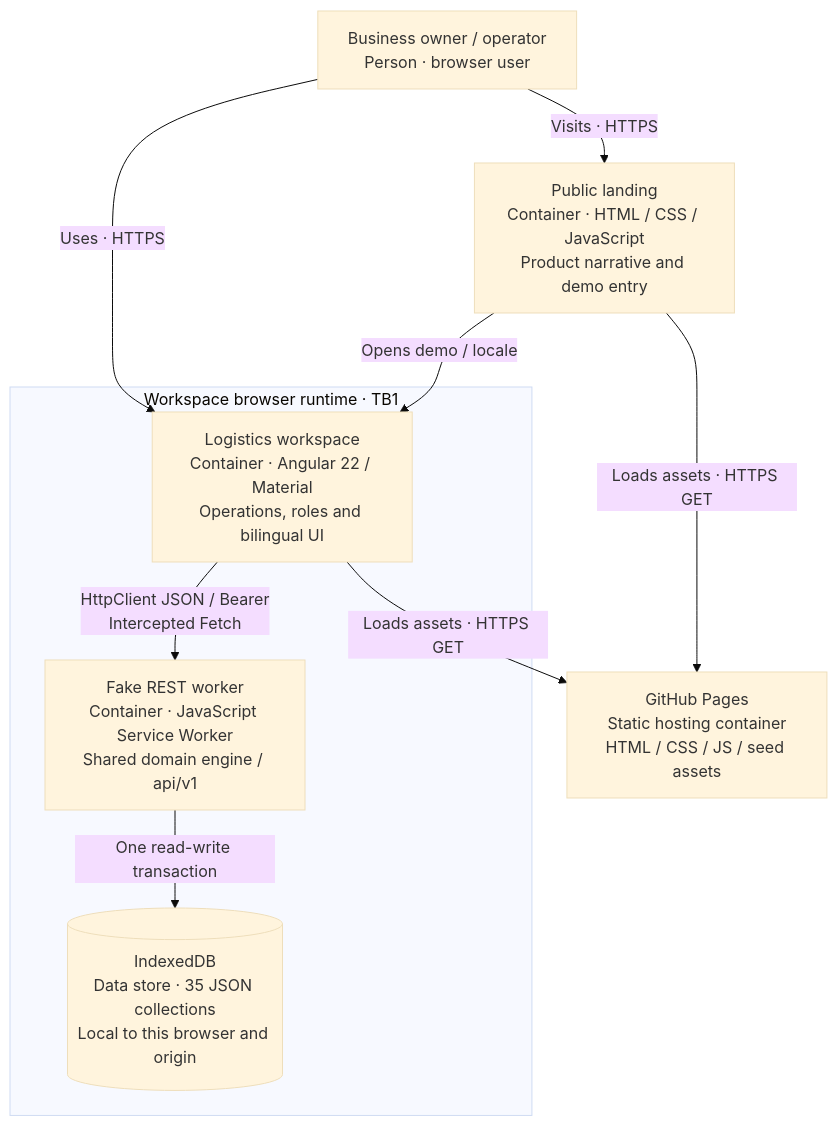
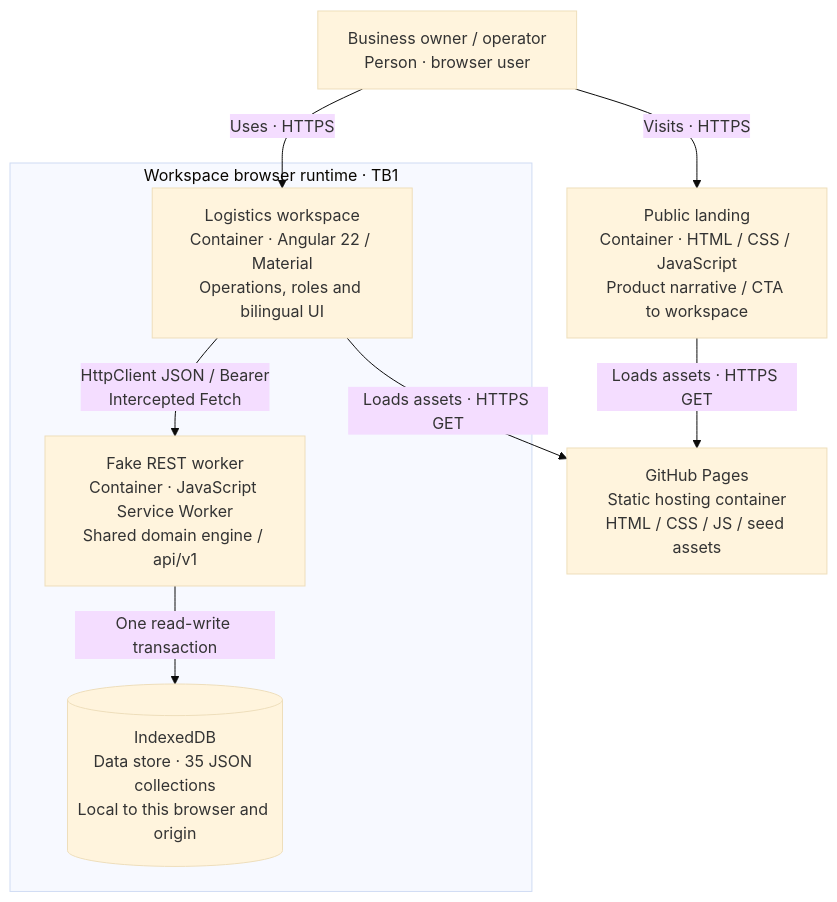
The diagram in design/diagrams/c4-containers-tb1.mmd (AI-ToDu/ai-todu-report), drawn with Mermaid (base theme) before and after one commit. The commit also changed 31 other files, not shown here.

```diff
--- a/design/diagrams/c4-containers-tb1.mmd
+++ b/design/diagrams/c4-containers-tb1.mmd
@@ -1,16 +1,15 @@
 flowchart TB
  person["Business owner / operator<br/>Person · browser user"]
- landing["Public landing<br/>Container · HTML / CSS / JavaScript<br/>Product narrative and demo entry"]
+ landing["Public landing<br/>Container · HTML / CSS / JavaScript<br/>Product narrative / CTA to workspace"]
  subgraph browser["Workspace browser runtime · TB1"]
  spa["Logistics workspace<br/>Container · Angular 22 / Material<br/>Operations, roles and bilingual UI"]
  worker["Fake REST worker<br/>Container · JavaScript Service Worker<br/>Shared domain engine / api/v1"]
  idb[("IndexedDB<br/>Data store · 35 JSON collections<br/>Local to this browser and origin")]
  end
  pages["GitHub Pages<br/>Static hosting container<br/>HTML / CSS / JS / seed assets"]
  person -->|"Visits · HTTPS"| landing
- landing -->|"Opens demo / locale"| spa
  person -->|"Uses · HTTPS"| spa
  spa -->|"HttpClient JSON / Bearer<br/>Intercepted Fetch"| worker
  worker -->|"One read-write transaction"| idb
  spa -->|"Loads assets · HTTPS GET"| pages
  landing -->|"Loads assets · HTTPS GET"| pages
```
